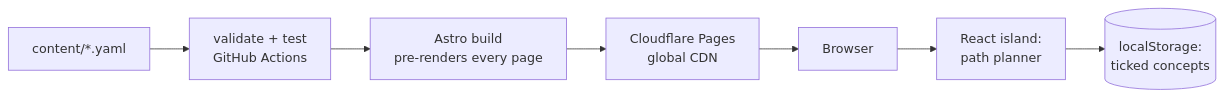
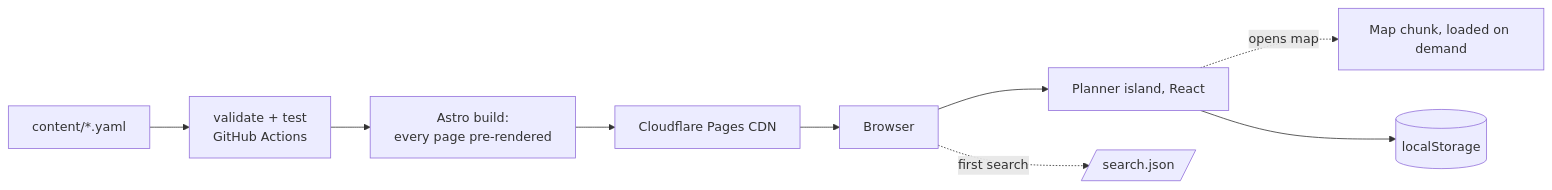
Before and after one commit to shivemn/pregraph: the second of 3 diagrams in docs/SYSTEM_DESIGN.md, drawn with Mermaid. The commit also changed other lines of this file and 6 other files, not shown here.

````diff
--- a/docs/SYSTEM_DESIGN.md
+++ b/docs/SYSTEM_DESIGN.md
@@ -158,9 +172,11 @@
 ```mermaid
 flowchart LR
     A[content/*.yaml] --> B[validate + test<br/>GitHub Actions]
-    B --> C[Astro build<br/>pre-renders every page]
-    C --> D[Cloudflare Pages<br/>global CDN]
+    B --> C[Astro build:<br/>every page pre-rendered]
+    C --> D[Cloudflare Pages CDN]
     D --> E[Browser]
-    E --> F[React island:<br/>path planner]
-    F --> G[(localStorage:<br/>ticked concepts)]
+    E --> F[Planner island, React]
+    F -. opens map .-> M[Map chunk, loaded on demand]
+    F --> G[(localStorage)]
+    E -. first search .-> S[/search.json/]
 ```
````
